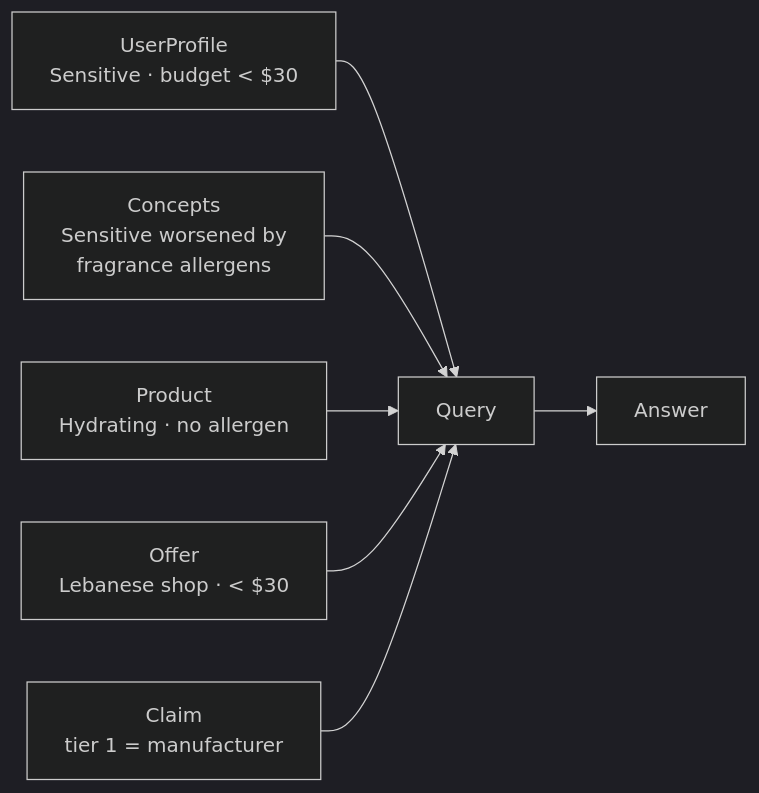
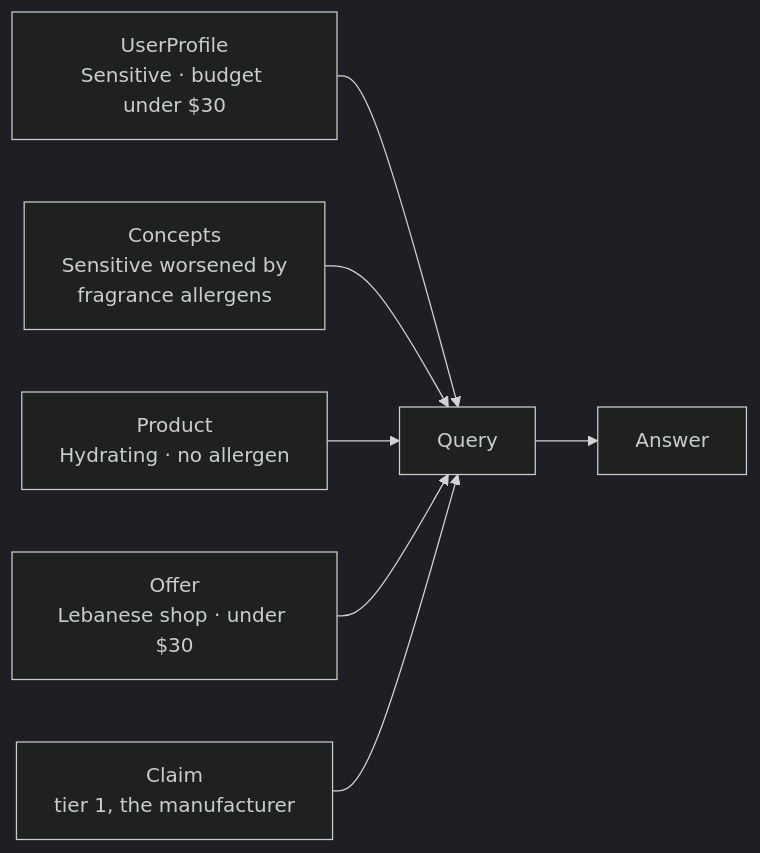
Before and after one commit to devexlynne/A-Multi-Source-Enriched-Skincare-Product-Dataset-for-Knowledge-Graph-Based-Recommendation: the eighth of 8 diagrams in ONTOLOGY_REUSE.md, drawn with Mermaid (dark theme). The commit also changed other lines of this file and 5 other files, not shown here.

````diff
--- a/ONTOLOGY_REUSE.md
+++ b/ONTOLOGY_REUSE.md
@@ -225,9 +236,9 @@
 ```mermaid
 graph LR
-    U["UserProfile<br/>Sensitive · budget < $30"] --> Q["Query"]
+    U["UserProfile<br/>Sensitive · budget under $30"] --> Q["Query"]
     K["Concepts<br/>Sensitive worsened by<br/>fragrance allergens"] --> Q
     P["Product<br/>Hydrating · no allergen"] --> Q
-    O["Offer<br/>Lebanese shop · < $30"] --> Q
-    C["Claim<br/>tier 1 = manufacturer"] --> Q
+    O["Offer<br/>Lebanese shop · under $30"] --> Q
+    C["Claim<br/>tier 1, the manufacturer"] --> Q
     Q --> R["Answer"]
 ```
````
